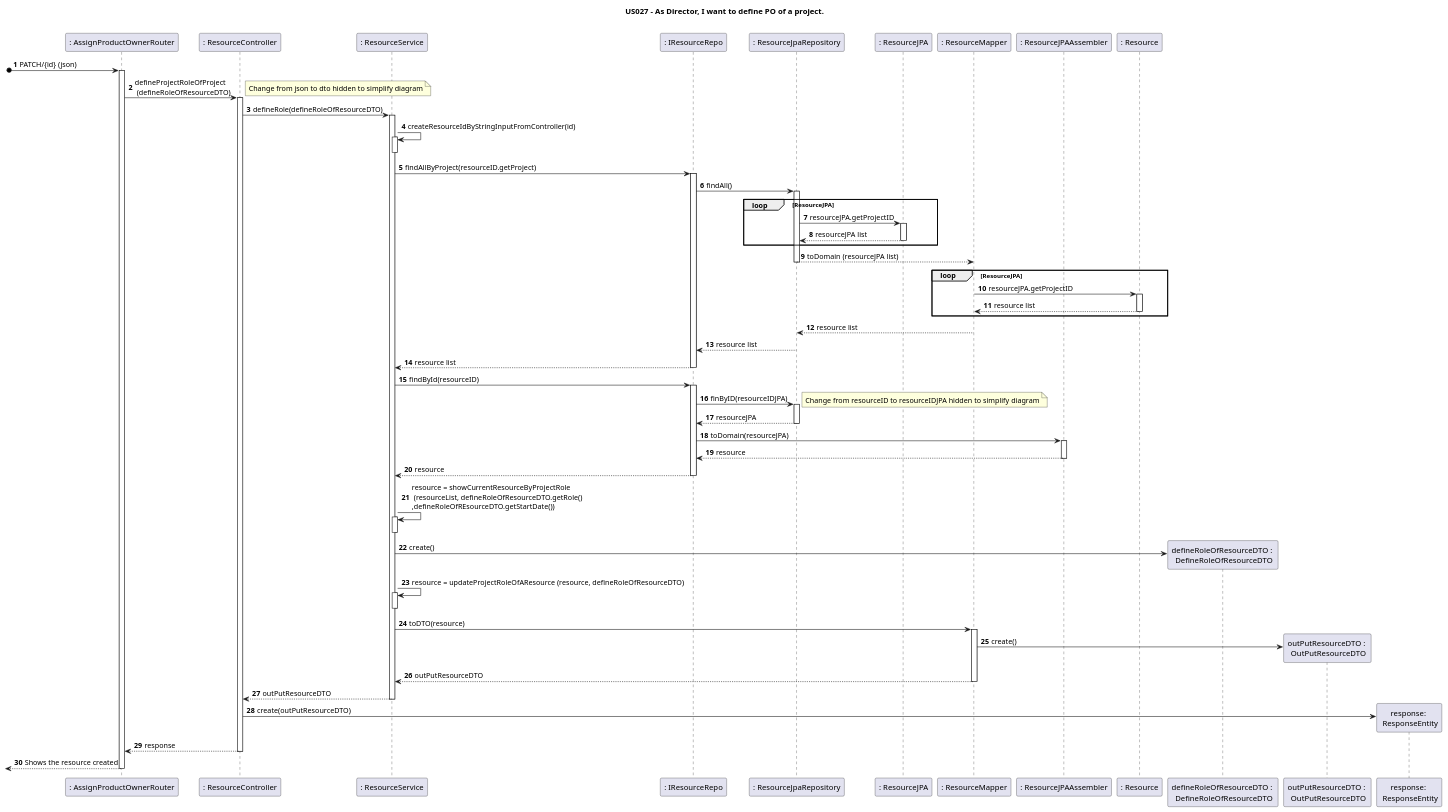
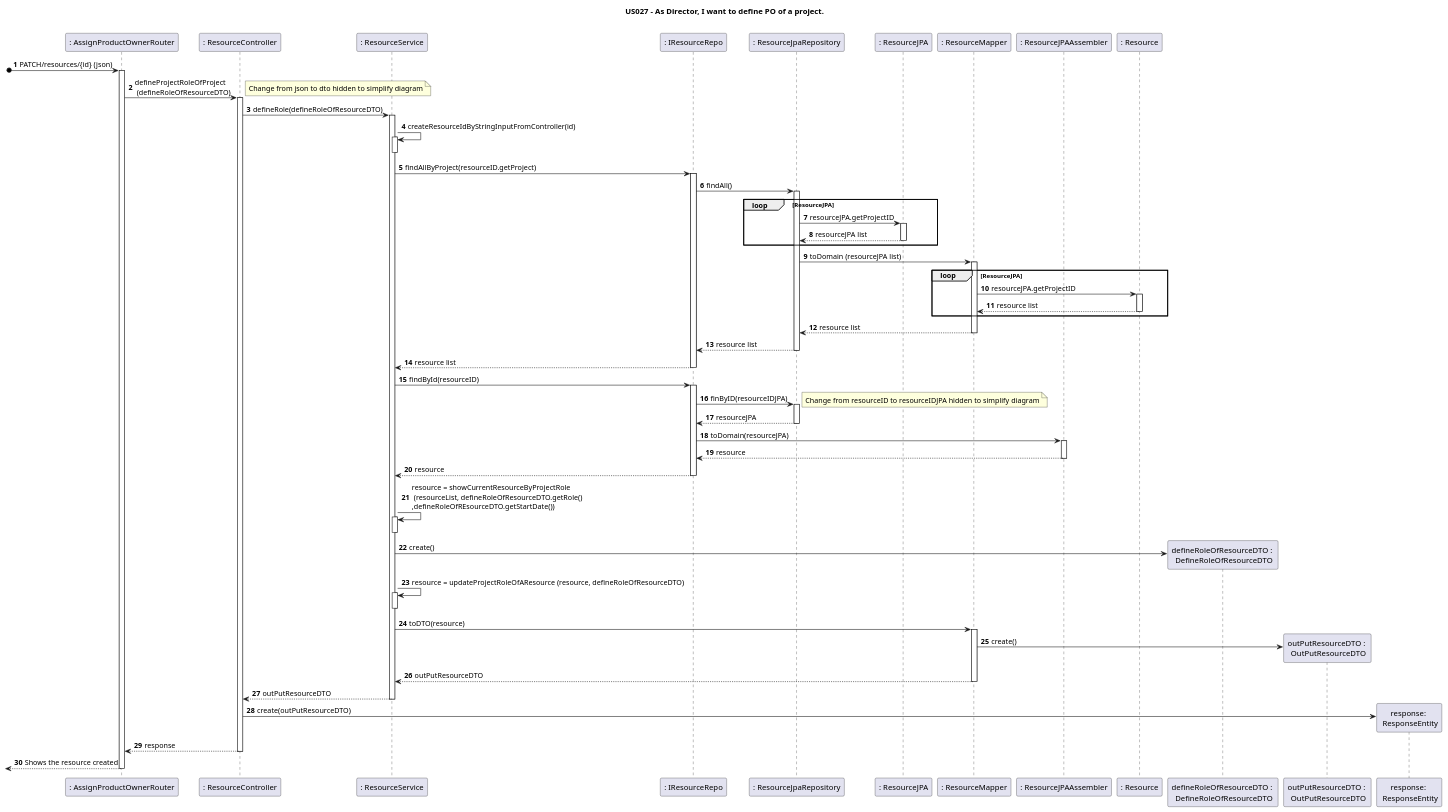
Before and after one commit to nunogon1211787/projectManagement: the diagram in docs/Sprint3/US027/US027-SD.puml, drawn with PlantUML. The commit also changed 4 other files, not shown here.

```diff
--- a/docs/Sprint3/US027/US027-SD.puml
+++ b/docs/Sprint3/US027/US027-SD.puml
@@ -1,67 +1,68 @@
 @startuml
 'https://plantuml.com/sequence-diagram
 
 title US027 - As Director, I want to define PO of a project.
 
 autonumber
 
 participant ": AssignProductOwnerRouter" as Route
 participant ": ResourceController" as Ctrl
 participant ": ResourceService" as service
 participant ": IResourceRepo" as iResourceRepo
 participant ": ResourceJpaRepository" as resourceJPARepository
 participant ": ResourceJPA" as resourceJPA
 participant ": ResourceMapper" as mapper
 participant ": ResourceJPAAssembler" as assembler
 participant ": Resource" as resource
 participant "defineRoleOfResourceDTO : \n DefineRoleOfResourceDTO" as defineRoleOfResourceDTO
 participant "outPutResourceDTO : \n OutPutResourceDTO" as outPutResourceDTO
 participant "response: \n ResponseEntity" as json
 
 
 autoactivate on
 
-[o-> Route: PATCH/{id} (json)
+[o-> Route: PATCH/resources/{id} (json)
 Route -> Ctrl: defineProjectRoleOfProject \n (defineRoleOfResourceDTO)
 note right
 Change from json to dto hidden to simplify diagram
 end note
 Ctrl -> service: defineRole(defineRoleOfResourceDTO)
 service -> service: createResourceIdByStringInputFromController(id)
 deactivate
 service -> iResourceRepo: findAllByProject(resourceID.getProject)
 iResourceRepo -> resourceJPARepository: findAll()
 loop ResourceJPA
 resourceJPARepository -> resourceJPA: resourceJPA.getProjectID
 return resourceJPA list
 end
-resourceJPARepository --> mapper: toDomain (resourceJPA list)
+resourceJPARepository -> mapper: toDomain (resourceJPA list)
 loop ResourceJPA
 mapper -> resource: resourceJPA.getProjectID
 return resource list
 end
 mapper --> resourceJPARepository: resource list
 resourceJPARepository --> iResourceRepo: resource list
 iResourceRepo --> service: resource list
 service -> iResourceRepo: findById(resourceID)
 iResourceRepo -> resourceJPARepository: finByID(resourceIDJPA)
 note right
 Change from resourceID to resourceIDJPA hidden to simplify diagram
 end note
 resourceJPARepository --> iResourceRepo: resourceJPA
+
 iResourceRepo -> assembler: toDomain(resourceJPA)
 assembler --> iResourceRepo: resource
 iResourceRepo --> service: resource
 service -> service: resource = showCurrentResourceByProjectRole \n (resourceList, defineRoleOfResourceDTO.getRole() \n,defineRoleOfREsourceDTO.getStartDate())
 deactivate
 service -> defineRoleOfResourceDTO ** : create()
 service -> service: resource = updateProjectRoleOfAResource (resource, defineRoleOfResourceDTO)
 deactivate
 service -> mapper: toDTO(resource)
 mapper -> outPutResourceDTO **: create()
 mapper --> service: outPutResourceDTO
 service --> Ctrl: outPutResourceDTO
 Ctrl -> json **: create(outPutResourceDTO)
 Ctrl --> Route: response
 [<--Route : Shows the resource created
 @enduml
```
